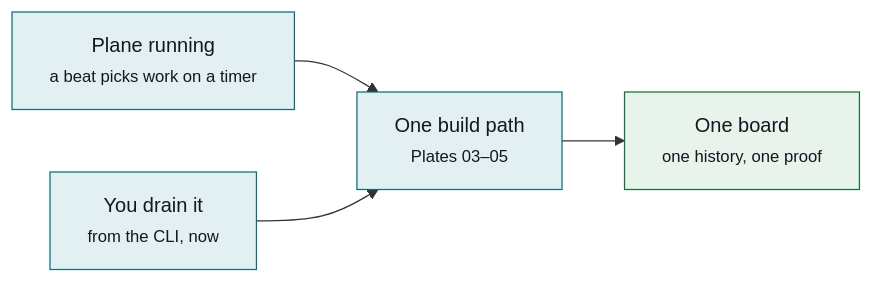
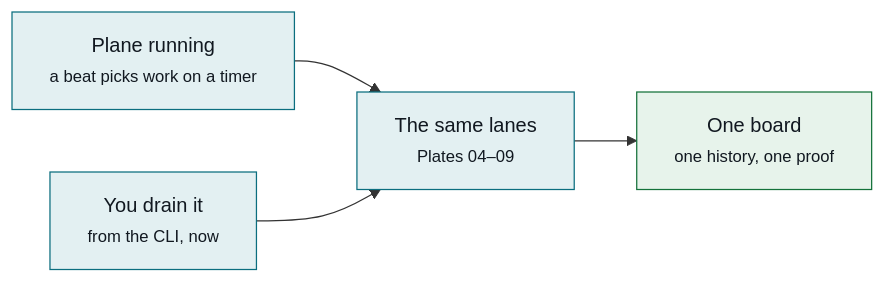
One commit to MrChikns/loopkit changed diagram 11 of 11 in docs/plane-flows.md. Above: the diagram before and after it, drawn with Mermaid. The commit also changed other lines of this file and 3 other files, not shown here.

````diff
--- a/docs/plane-flows.md
+++ b/docs/plane-flows.md
@@ -258,11 +571,11 @@
 ```mermaid
 flowchart LR
-  T1["Plane running<br/><small>a beat picks work on a timer</small>"] --> ONE["One build path<br/><small>Plates 03–05</small>"]
+  T1["Plane running<br/><small>a beat picks work on a timer</small>"] --> ONE["The same lanes<br/><small>Plates 04–09</small>"]
   T2["You drain it<br/><small>from the CLI, now</small>"] --> ONE
   ONE --> BOARD["One board<br/><small>one history, one proof</small>"]
 
   classDef step fill:#E3F0F2,stroke:#0B6E7F,color:#111820
   classDef pass fill:#E7F3EB,stroke:#14713A,color:#111820
   class T1,T2,ONE step
   class BOARD pass
 ```
````
